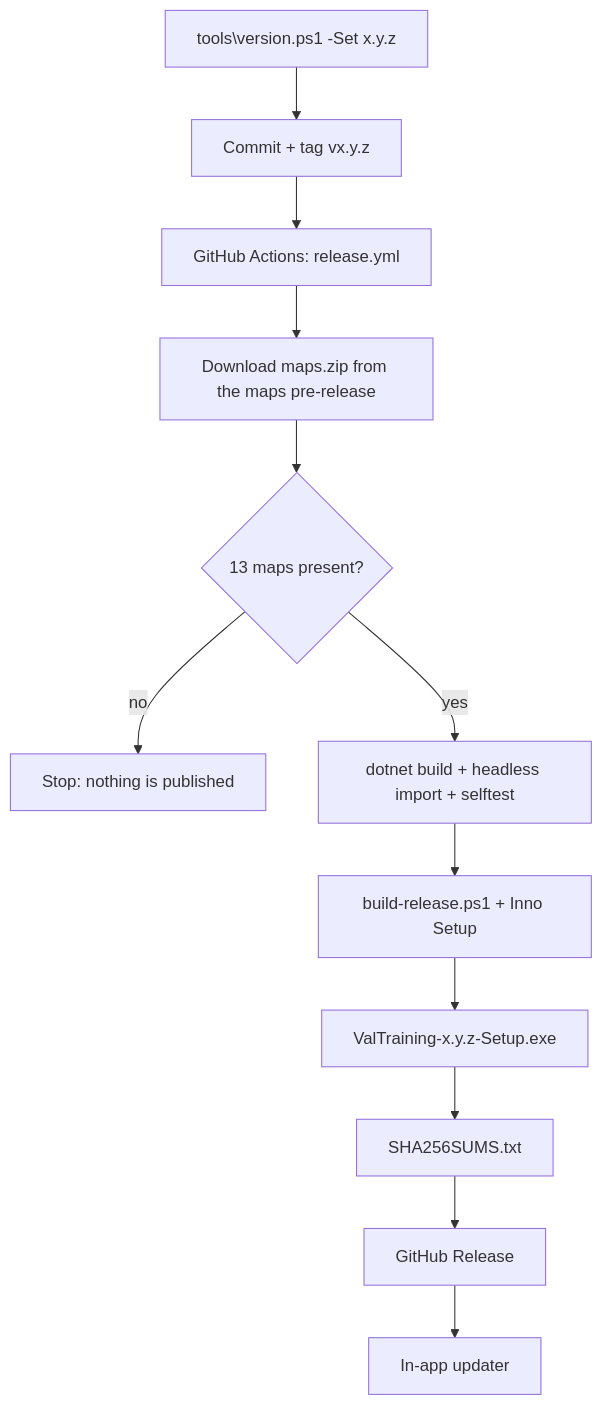
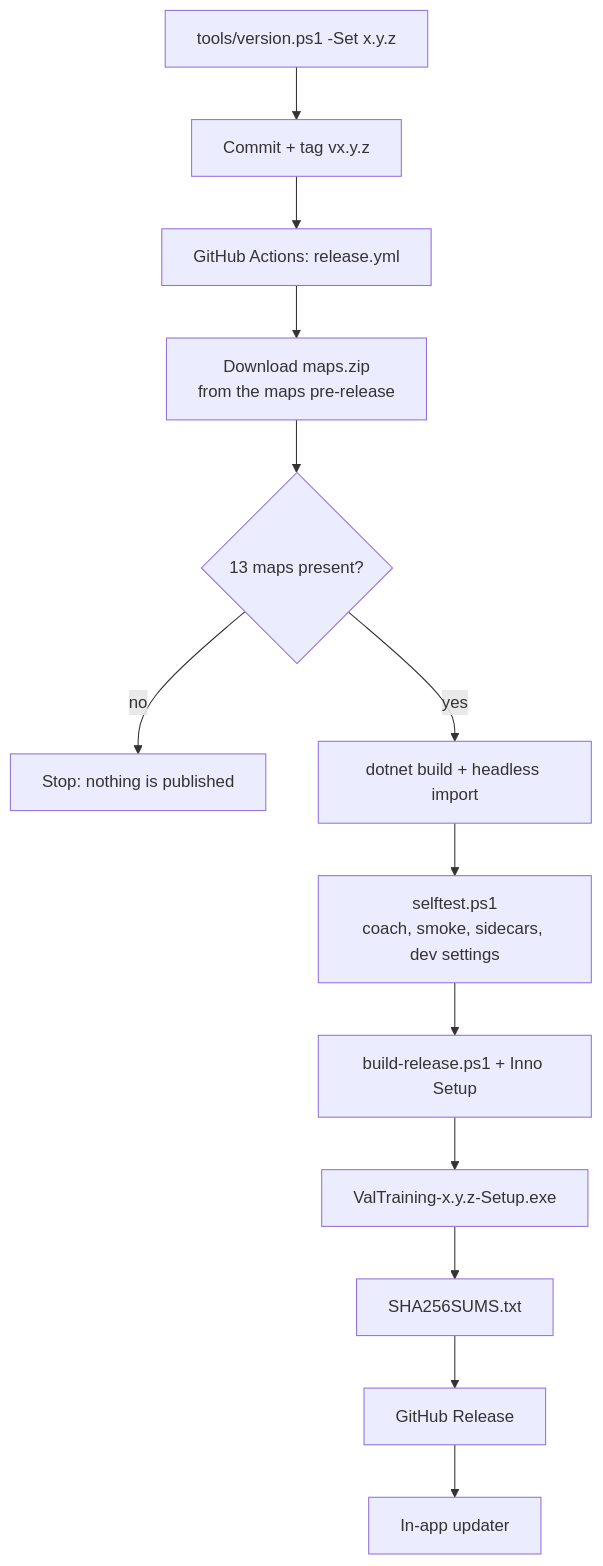
Diagram 19 of 20 in docs/ARCHITECTURE.md (Pyromesis/CA-VAL-AIM), drawn with Mermaid before and after one commit. The commit also changed other lines of this file and 1 other file, not shown here.

First line of the commit message:
Docs: map the whole app with 20 diagrams

````diff
--- a/docs/ARCHITECTURE.md
+++ b/docs/ARCHITECTURE.md
@@ -89,14 +627,15 @@
 ```mermaid
 flowchart TD
-    A[tools\version.ps1 -Set x.y.z] --> B[Commit + tag vx.y.z]
-    B --> C[GitHub Actions: release.yml]
-    C --> D[Download maps.zip from the maps pre-release]
-    D --> E{13 maps present?}
-    E -- no --> X[Stop: nothing is published]
-    E -- yes --> F[dotnet build + headless import + selftest]
-    F --> G[build-release.ps1 + Inno Setup]
-    G --> H[ValTraining-x.y.z-Setup.exe]
-    H --> I[SHA256SUMS.txt]
-    I --> J[GitHub Release]
-    J --> K[In-app updater]
+    A["tools/version.ps1 -Set x.y.z"] --> B["Commit + tag vx.y.z"]
+    B --> C["GitHub Actions: release.yml"]
+    C --> D["Download maps.zip<br/>from the maps pre-release"]
+    D --> E{"13 maps present?"}
+    E -->|"no"| X["Stop: nothing is published"]
+    E -->|"yes"| F["dotnet build + headless import"]
+    F --> G["selftest.ps1<br/>coach, smoke, sidecars, dev settings"]
+    G --> H["build-release.ps1 + Inno Setup"]
+    H --> I["ValTraining-x.y.z-Setup.exe"]
+    I --> J["SHA256SUMS.txt"]
+    J --> K["GitHub Release"]
+    K --> L["In-app updater"]
 ```
````
